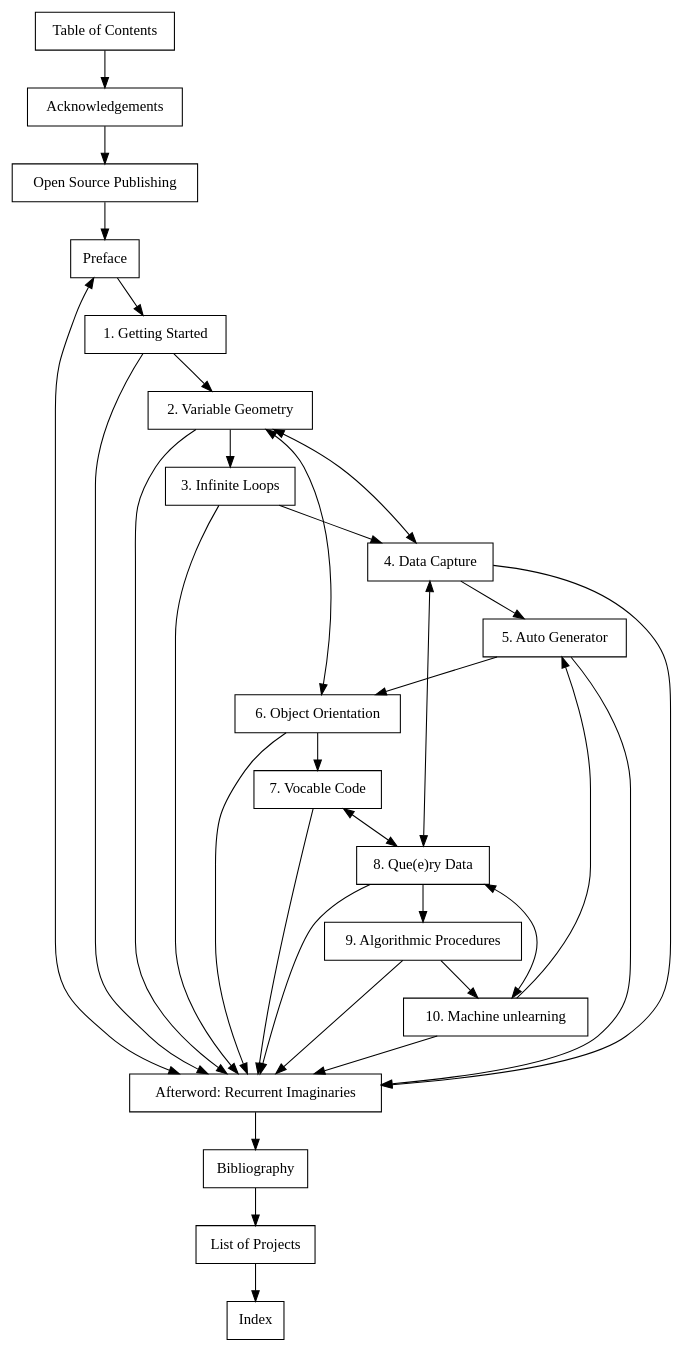
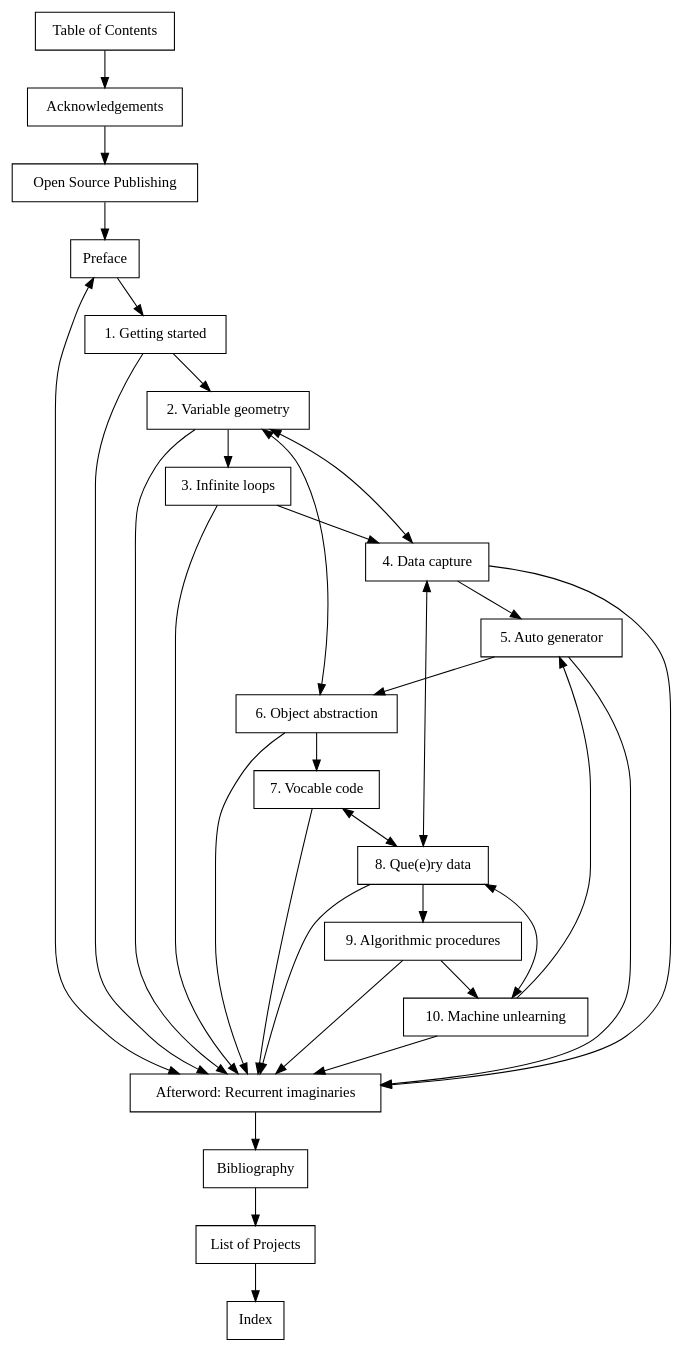
Before and after one commit to danbz/aesthetic-programming: the diagram in graphviz/TOC.dot, drawn with Graphviz. The commit also changed 16 other files, not shown here.

Commit message:
update namings + graphviz

```diff
--- a/graphviz/TOC.dot
+++ b/graphviz/TOC.dot
@@ -1,34 +1,34 @@
 digraph toc {
 
 node[fontname="Hershey-Noailles-help-me", shape=rectangle]
 
 
 TOC [label="Table of Contents"]
 Ack [label="Acknowledgements"]
 OSP [label="Open Source Publishing"]
 0[label="Preface"]
-1 [label="1. Getting Started"]
-2 [label="2. Variable Geometry"]
-3 [label="3. Infinite Loops"]
-4 [label="4. Data Capture"]
-5 [label="5. Auto Generator"]
-6 [label="6. Object Orientation"]
-7 [label="7. Vocable Code"]
-8 [label="8. Que(e)ry Data"]
-9 [label="9. Algorithmic Procedures"]
+1 [label="1. Getting started"]
+2 [label="2. Variable geometry"]
+3 [label="3. Infinite loops"]
+4 [label="4. Data capture"]
+5 [label="5. Auto generator"]
+6 [label="6. Object abstraction"]
+7 [label="7. Vocable code"]
+8 [label="8. Que(e)ry data"]
+9 [label="9. Algorithmic procedures"]
 10 [label="10. Machine unlearning"]
-11 [label="Afterword: Recurrent Imaginaries"]
+11 [label="Afterword: Recurrent imaginaries"]
 Bi [label="Bibliography"]
 Project [label="List of Projects"]
 Ind [label="Index"]
 
 //graph
 TOC -> Ack -> OSP -> 0 -> 1 -> 2 -> 3 -> 4 -> 5 -> 6 -> 7;
 7 -> 8 [dir=both];
 8 -> 9 -> 10 -> 11 -> Bi -> Project -> Ind;
 0 -> 11 [dir=both];
 2 -> 6 [dir=both];
 1,2,3,4,5,6,7,8,9 -> 11;
 10 -> 5;
 2 -> 4 -> 8 -> 10[dir=both];
 }
```
